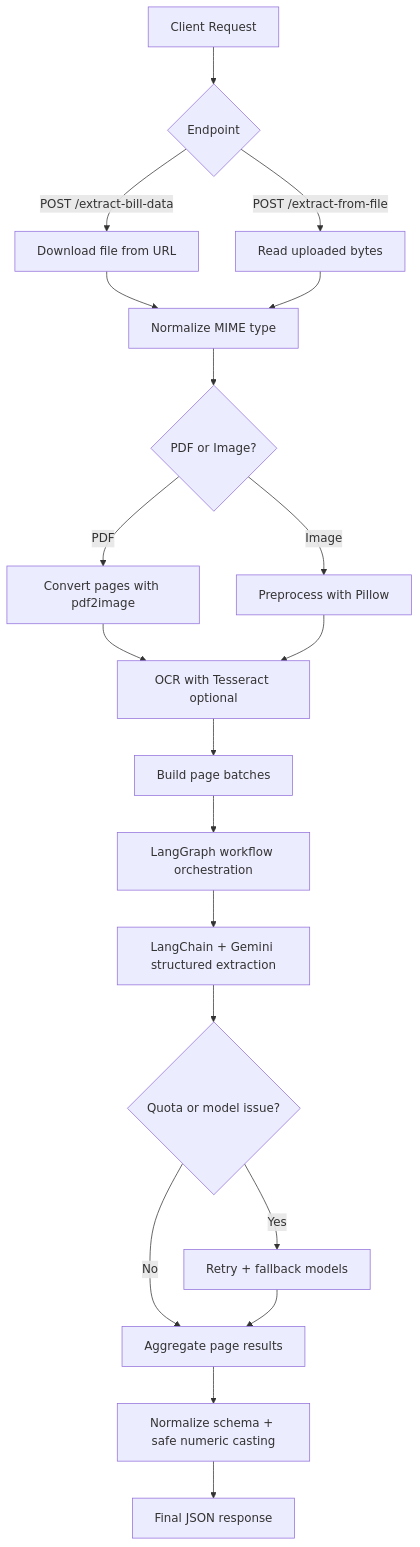
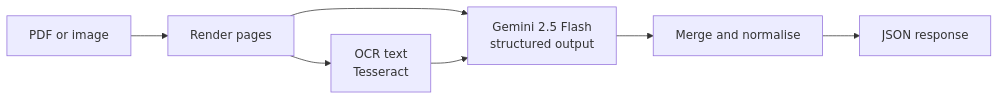
One commit to nish0753/medical-bill-extractor changed the diagram in README.md. Above: the diagram before and after it, drawn with Mermaid. The commit also changed other lines of this file and 11 other files, not shown here.

First line of the commit message:
Add LangSmith tracing with patient-data masking; rewrite README

````diff
--- a/README.md
+++ b/README.md
@@ -17,22 +14,9 @@
 ```mermaid
-flowchart TD
-    A[Client Request] --> B{Endpoint}
-    B -->|POST /extract-bill-data| C[Download file from URL]
-    B -->|POST /extract-from-file| D[Read uploaded bytes]
-    C --> E[Normalize MIME type]
-    D --> E
-    E --> F{PDF or Image?}
-    F -->|PDF| G[Convert pages with pdf2image]
-    F -->|Image| H[Preprocess with Pillow]
-    G --> I[OCR with Tesseract optional]
-    H --> I
-    I --> J[Build page batches]
-    J --> K[LangGraph workflow orchestration]
-    K --> L[LangChain + Gemini structured extraction]
-    L --> M{Quota or model issue?}
-    M -->|Yes| N[Retry + fallback models]
-    M -->|No| O[Aggregate page results]
-    N --> O
-    O --> P[Normalize schema + safe numeric casting]
-    P --> Q[Final JSON response]
+flowchart LR
+    A[PDF or image] --> B[Render pages]
+    B --> C[OCR text<br/>Tesseract]
+    B --> D[Gemini 2.5 Flash<br/>structured output]
+    C --> D
+    D --> E[Merge and normalise]
+    E --> F[JSON response]
 ```
````
